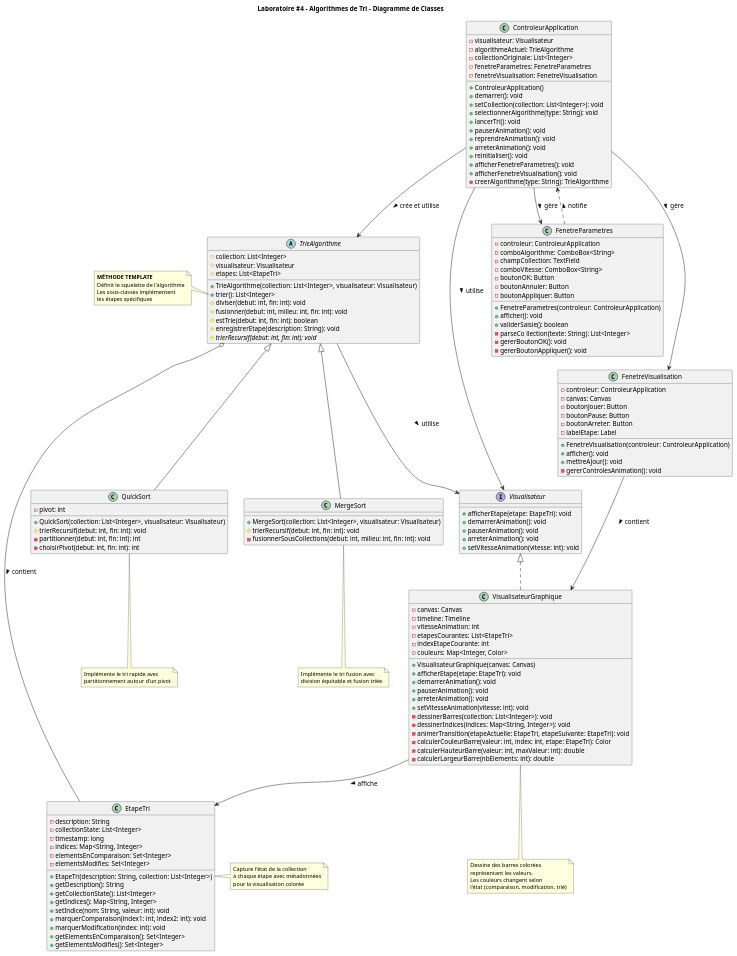
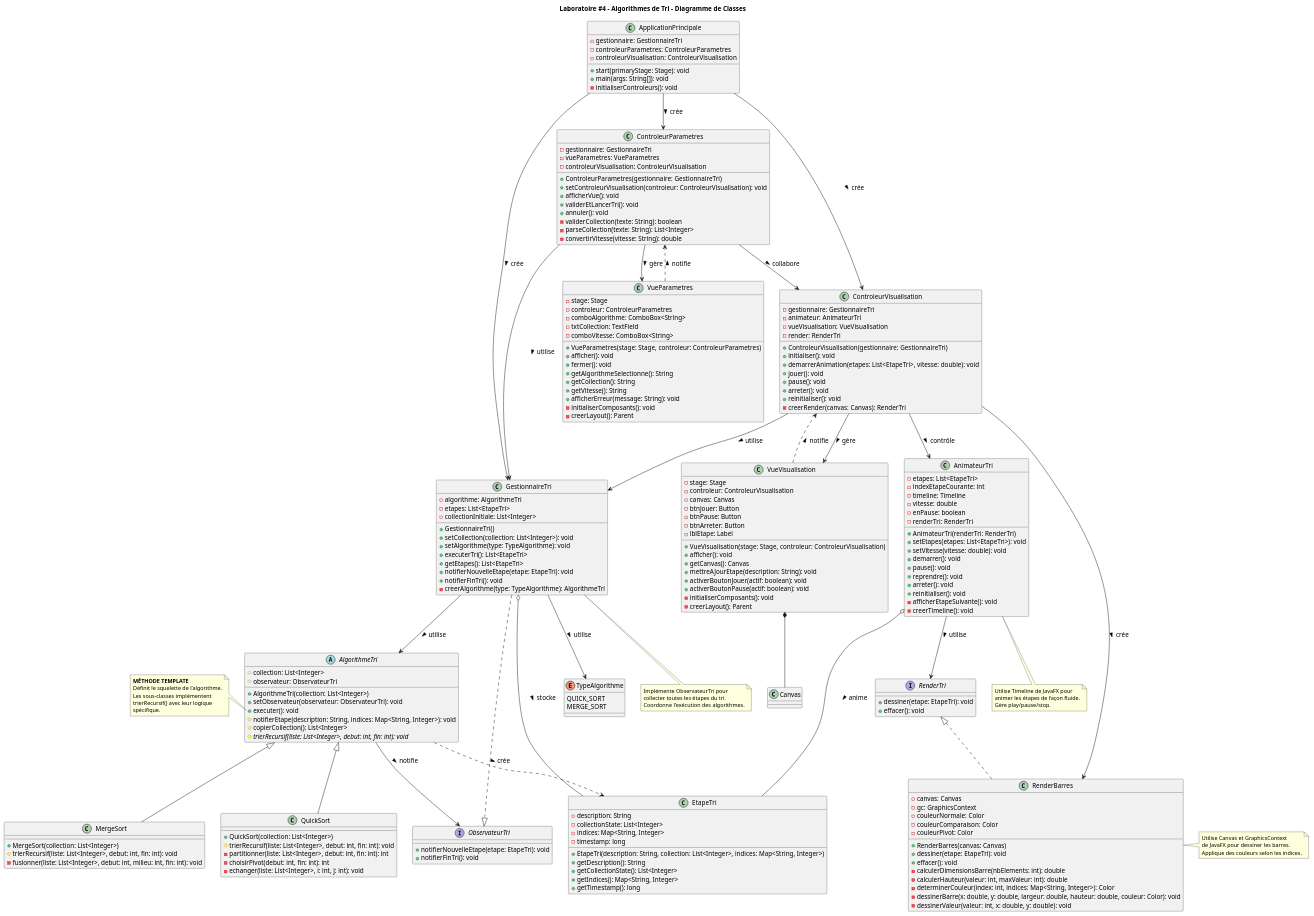
One commit to VianAtETS/LOG121 changed the diagram in lab_4/algorithmes_tri_classes.plantuml. Above: the diagram before and after it, drawn with PlantUML.

Commit message:
Refactor class diagram for sorting algorithms: update class and method names, enhance observer pattern integration, and improve documentation for clarity.

```diff
--- a/lab_4/algorithmes_tri_classes.plantuml
+++ b/lab_4/algorithmes_tri_classes.plantuml
@@ -5,243 +5,302 @@
 
 title Laboratoire #4 - Algorithmes de Tri - Diagramme de Classes
 
-abstract class TrieAlgorithme {
+abstract class AlgorithmeTri {
   # collection: List<Integer>
-  # visualisateur: Visualisateur
-  # etapes: List<EtapeTri>
+  # observateur: ObservateurTri
 
-  + TrieAlgorithme(collection: List<Integer>, visualisateur: Visualisateur)
-  + trier(): List<Integer>
-  # diviser(debut: int, fin: int): void
-  # fusionner(debut: int, milieu: int, fin: int): void
-  # estTrie(debut: int, fin: int): boolean
-  # enregistrerEtape(description: String): void
+  + AlgorithmeTri(collection: List<Integer>)
+  + setObservateur(observateur: ObservateurTri): void
+  + executer(): void
+  # notifierEtape(description: String, indices: Map<String, Integer>): void
+  # copierCollection(): List<Integer>
 
   ' MÉTHODE TEMPLATE
-  ' trier(): List<Integer>
-  '   etapes.clear()
-  '   enregistrerEtape("État initial")
-  '   trierRecursif(0, collection.size() - 1)
-  '   enregistrerEtape("État final - trié")
-  '   return collection
+  ' executer(): void
+  '   copie = copierCollection()
+  '   notifierEtape("État initial", null)
+  '   trierRecursif(copie, 0, copie.size() - 1)
+  '   notifierEtape("Tri terminé", null)
 
-  ' trierRecursif(debut: int, fin: int): void
-  '   if (!estTrie(debut, fin)) then
-  '     diviser(debut, fin)  // méthode abstraite
-  '     fusionner(debut, milieu, fin)  // méthode abstraite
-  '     enregistrerEtape("Après fusion")
-
-  {abstract} # trierRecursif(debut: int, fin: int): void
+  {abstract} # trierRecursif(liste: List<Integer>, debut: int, fin: int): void
 }
 
 class QuickSort {
-  - pivot: int
+  + QuickSort(collection: List<Integer>)
+  # trierRecursif(liste: List<Integer>, debut: int, fin: int): void
+  - partitionner(liste: List<Integer>, debut: int, fin: int): int
+  - choisirPivot(debut: int, fin: int): int
+  - echanger(liste: List<Integer>, i: int, j: int): void
 
-  + QuickSort(collection: List<Integer>, visualisateur: Visualisateur)
-  # trierRecursif(debut: int, fin: int): void
-  - partitionner(debut: int, fin: int): int
-  - choisirPivot(debut: int, fin: int): int
+  ' trierRecursif(liste, debut, fin):
+  '   if (debut < fin) then
+  '     pivotIndex = partitionner(liste, debut, fin)
+  '     indices = Map("pivot", pivotIndex)
+  '     notifierEtape("Partitionnement", indices)
+  '     trierRecursif(liste, debut, pivotIndex - 1)
+  '     trierRecursif(liste, pivotIndex + 1, fin)
 
-  ' trierRecursif(debut, fin):
-  '   if (debut < fin) then
-  '     pivotIndex = partitionner(debut, fin)
-  '     enregistrerEtape("Partitionnement autour du pivot")
-  '     trierRecursif(debut, pivotIndex - 1)
-  '     trierRecursif(pivotIndex + 1, fin)
-
-  ' partitionner(debut, fin): int
-  '   pivot = choisirPivot(debut, fin)
-  '   i = debut - 1
+  ' partitionner(liste, debut, fin): int
+  '   pivotIndex = choisirPivot(debut, fin)
+  '   pivot = liste[pivotIndex]
+  '   echanger(liste, pivotIndex, fin)
+  '   i = debut
   '   for j = debut to fin - 1
-  '     if collection[j] < pivot then
+  '     if liste[j] < pivot then
+  '       echanger(liste, i, j)
+  '       indices = Map("i", i, "j", j)
+  '       notifierEtape("Échange", indices)
   '       i++
-  '       échanger(collection[i], collection[j])
-  '   échanger(collection[i + 1], collection[fin])
-  '   return i + 1
+  '   echanger(liste, i, fin)
+  '   return i
 }
 
 class MergeSort {
-  + MergeSort(collection: List<Integer>, visualisateur: Visualisateur)
-  # trierRecursif(debut: int, fin: int): void
-  - fusionnerSousCollections(debut: int, milieu: int, fin: int): void
+  + MergeSort(collection: List<Integer>)
+  # trierRecursif(liste: List<Integer>, debut: int, fin: int): void
+  - fusionner(liste: List<Integer>, debut: int, milieu: int, fin: int): void
 
-  ' trierRecursif(debut, fin):
+  ' trierRecursif(liste, debut, fin):
   '   if (debut < fin) then
   '     milieu = (debut + fin) / 2
-  '     trierRecursif(debut, milieu)
-  '     trierRecursif(milieu + 1, fin)
-  '     fusionnerSousCollections(debut, milieu, fin)
-  '     enregistrerEtape("Fusion des sous-collections")
+  '     indices = Map("debut", debut, "milieu", milieu, "fin", fin)
+  '     notifierEtape("Division", indices)
+  '     trierRecursif(liste, debut, milieu)
+  '     trierRecursif(liste, milieu + 1, fin)
+  '     fusionner(liste, debut, milieu, fin)
+  '     notifierEtape("Fusion", indices)
 
-  ' fusionnerSousCollections(debut, milieu, fin):
-  '   copie1 = collection[debut..milieu]
-  '   copie2 = collection[milieu+1..fin]
+  ' fusionner(liste, debut, milieu, fin):
+  '   gauche = liste[debut..milieu]
+  '   droite = liste[milieu+1..fin]
   '   i = 0, j = 0, k = debut
-  '   while (i < copie1.size() && j < copie2.size())
-  '     if (copie1[i] <= copie2[j]) then
-  '       collection[k++] = copie1[i++]
+  '   while (i < gauche.size() && j < droite.size())
+  '     if (gauche[i] <= droite[j]) then
+  '       liste[k] = gauche[i++]
   '     else
-  '       collection[k++] = copie2[j++]
-  '   copier les éléments restants
+  '       liste[k] = droite[j++]
+  '     k++
+  '   copier les éléments restants de gauche et droite
 }
 
 class EtapeTri {
   - description: String
   - collectionState: List<Integer>
+  - indices: Map<String, Integer>
   - timestamp: long
-  - indices: Map<String, Integer>
-  - elementsEnComparaison: Set<Integer>
-  - elementsModifies: Set<Integer>
 
-  + EtapeTri(description: String, collection: List<Integer>)
+  + EtapeTri(description: String, collection: List<Integer>, indices: Map<String, Integer>)
   + getDescription(): String
   + getCollectionState(): List<Integer>
   + getIndices(): Map<String, Integer>
-  + setIndice(nom: String, valeur: int): void
-  + marquerComparaison(index1: int, index2: int): void
-  + marquerModification(index: int): void
-  + getElementsEnComparaison(): Set<Integer>
-  + getElementsModifies(): Set<Integer>
+  + getTimestamp(): long
 }
 
-interface Visualisateur {
-  + afficherEtape(etape: EtapeTri): void
-  + demarrerAnimation(): void
-  + pauserAnimation(): void
-  + arreterAnimation(): void
-  + setVitesseAnimation(vitesse: int): void
+interface ObservateurTri {
+  + notifierNouvelleEtape(etape: EtapeTri): void
+  + notifierFinTri(): void
 }
 
-class VisualisateurGraphique {
-  - canvas: Canvas
-  - timeline: Timeline
-  - vitesseAnimation: int
-  - etapesCourantes: List<EtapeTri>
-  - indexEtapeCourante: int
-  - couleurs: Map<Integer, Color>
+class GestionnaireTri {
+  - algorithme: AlgorithmeTri
+  - etapes: List<EtapeTri>
+  - collectionInitiale: List<Integer>
 
-  + VisualisateurGraphique(canvas: Canvas)
-  + afficherEtape(etape: EtapeTri): void
-  + demarrerAnimation(): void
-  + pauserAnimation(): void
-  + arreterAnimation(): void
-  + setVitesseAnimation(vitesse: int): void
-  - dessinerBarres(collection: List<Integer>): void
-  - dessinerIndices(indices: Map<String, Integer>): void
-  - animerTransition(etapeActuelle: EtapeTri, etapeSuivante: EtapeTri): void
-  - calculerCouleurBarre(valeur: int, index: int, etape: EtapeTri): Color
-  - calculerHauteurBarre(valeur: int, maxValeur: int): double
-  - calculerLargeurBarre(nbElements: int): double
-
-  ' dessinerBarres(collection):
-  '   gc = canvas.getGraphicsContext2D()
-  '   gc.clearRect(0, 0, canvas.width, canvas.height)
-  '   largeurBarre = calculerLargeurBarre(collection.size())
-  '   maxValeur = collection.max()
-  '   for i = 0 to collection.size() - 1
-  '     hauteur = calculerHauteurBarre(collection[i], maxValeur)
-  '     couleur = calculerCouleurBarre(collection[i], i, etapeCourante)
-  '     x = i * largeurBarre
-  '     y = canvas.height - hauteur
-  '     gc.setFill(couleur)
-  '     gc.fillRect(x, y, largeurBarre - 2, hauteur)
-  '     gc.fillText(collection[i], x, canvas.height - 5)
+  + GestionnaireTri()
+  + setCollection(collection: List<Integer>): void
+  + setAlgorithme(type: TypeAlgorithme): void
+  + executerTri(): List<EtapeTri>
+  + getEtapes(): List<EtapeTri>
+  + notifierNouvelleEtape(etape: EtapeTri): void
+  + notifierFinTri(): void
+  - creerAlgorithme(type: TypeAlgorithme): AlgorithmeTri
 }
 
-class ControleurApplication {
-  - visualisateur: Visualisateur
-  - algorithmeActuel: TrieAlgorithme
-  - collectionOriginale: List<Integer>
-  - fenetreParametres: FenetreParametres
-  - fenetreVisualisation: FenetreVisualisation
-
-  + ControleurApplication()
-  + demarrer(): void
-  + setCollection(collection: List<Integer>): void
-  + selectionnerAlgorithme(type: String): void
-  + lancerTri(): void
-  + pauserAnimation(): void
-  + reprendreAnimation(): void
-  + arreterAnimation(): void
-  + reinitialiser(): void
-  + afficherFenetreParametres(): void
-  + afficherFenetreVisualisation(): void
-  - creerAlgorithme(type: String): TrieAlgorithme
+enum TypeAlgorithme {
+  QUICK_SORT
+  MERGE_SORT
 }
 
-class FenetreParametres {
-  - controleur: ControleurApplication
-  - comboAlgorithme: ComboBox<String>
-  - champCollection: TextField
-  - comboVitesse: ComboBox<String>
-  - boutonOK: Button
-  - boutonAnnuler: Button
-  - boutonAppliquer: Button
+class AnimateurTri {
+  - etapes: List<EtapeTri>
+  - indexEtapeCourante: int
+  - timeline: Timeline
+  - vitesse: double
+  - enPause: boolean
+  - renderTri: RenderTri
 
-  + FenetreParametres(controleur: ControleurApplication)
-  + afficher(): void
-  + validerSaisie(): boolean
-  - parseCo llection(texte: String): List<Integer>
-  - gererBoutonOK(): void
-  - gererBoutonAppliquer(): void
+  + AnimateurTri(renderTri: RenderTri)
+  + setEtapes(etapes: List<EtapeTri>): void
+  + setVitesse(vitesse: double): void
+  + demarrer(): void
+  + pause(): void
+  + reprendre(): void
+  + arreter(): void
+  + reinitialiser(): void
+  - afficherEtapeSuivante(): void
+  - creerTimeline(): void
 }
 
-class FenetreVisualisation {
-  - controleur: ControleurApplication
-  - canvas: Canvas
-  - boutonJouer: Button
-  - boutonPause: Button
-  - boutonArreter: Button
-  - labelEtape: Label
-
-  + FenetreVisualisation(controleur: ControleurApplication)
-  + afficher(): void
-  + mettreAJour(): void
-  - gererControlesAnimation(): void
+interface RenderTri {
+  + dessiner(etape: EtapeTri): void
+  + effacer(): void
 }
 
-' Relations
-TrieAlgorithme <|-- QuickSort
-TrieAlgorithme <|-- MergeSort
-TrieAlgorithme o-- EtapeTri : contient >
-TrieAlgorithme --> Visualisateur : utilise >
-Visualisateur <|.. VisualisateurGraphique
-ControleurApplication --> TrieAlgorithme : crée et utilise >
-ControleurApplication --> Visualisateur : utilise >
-ControleurApplication --> FenetreParametres : gère >
-ControleurApplication --> FenetreVisualisation : gère >
-FenetreParametres ..> ControleurApplication : notifie >
-FenetreVisualisation --> VisualisateurGraphique : contient >
-VisualisateurGraphique --> EtapeTri : affiche >
+class RenderBarres {
+  - canvas: Canvas
+  - gc: GraphicsContext
+  - couleurNormale: Color
+  - couleurComparaison: Color
+  - couleurPivot: Color
 
-note left of TrieAlgorithme::trier
+  + RenderBarres(canvas: Canvas)
+  + dessiner(etape: EtapeTri): void
+  + effacer(): void
+  - calculerDimensionsBarre(nbElements: int): double
+  - calculerHauteur(valeur: int, maxValeur: int): double
+  - determinerCouleur(index: int, indices: Map<String, Integer>): Color
+  - dessinerBarre(x: double, y: double, largeur: double, hauteur: double, couleur: Color): void
+  - dessinerValeur(valeur: int, x: double, y: double): void
+}
+
+class VueParametres {
+  - stage: Stage
+  - controleur: ControleurParametres
+  - comboAlgorithme: ComboBox<String>
+  - txtCollection: TextField
+  - comboVitesse: ComboBox<String>
+
+  + VueParametres(stage: Stage, controleur: ControleurParametres)
+  + afficher(): void
+  + fermer(): void
+  + getAlgorithmeSelectionne(): String
+  + getCollection(): String
+  + getVitesse(): String
+  + afficherErreur(message: String): void
+  - initialiserComposants(): void
+  - creerLayout(): Parent
+}
+
+class ControleurParametres {
+  - gestionnaire: GestionnaireTri
+  - vueParametres: VueParametres
+  - controleurVisualisation: ControleurVisualisation
+
+  + ControleurParametres(gestionnaire: GestionnaireTri)
+  + setControleurVisualisation(controleur: ControleurVisualisation): void
+  + afficherVue(): void
+  + validerEtLancerTri(): void
+  + annuler(): void
+  - validerCollection(texte: String): boolean
+  - parseCollection(texte: String): List<Integer>
+  - convertirVitesse(vitesse: String): double
+}
+
+class VueVisualisation {
+  - stage: Stage
+  - controleur: ControleurVisualisation
+  - canvas: Canvas
+  - btnJouer: Button
+  - btnPause: Button
+  - btnArreter: Button
+  - lblEtape: Label
+
+  + VueVisualisation(stage: Stage, controleur: ControleurVisualisation)
+  + afficher(): void
+  + getCanvas(): Canvas
+  + mettreAJourEtape(description: String): void
+  + activerBoutonJouer(actif: boolean): void
+  + activerBoutonPause(actif: boolean): void
+  - initialiserComposants(): void
+  - creerLayout(): Parent
+}
+
+class ControleurVisualisation {
+  - gestionnaire: GestionnaireTri
+  - animateur: AnimateurTri
+  - vueVisualisation: VueVisualisation
+  - render: RenderTri
+
+  + ControleurVisualisation(gestionnaire: GestionnaireTri)
+  + initialiser(): void
+  + demarrerAnimation(etapes: List<EtapeTri>, vitesse: double): void
+  + jouer(): void
+  + pause(): void
+  + arreter(): void
+  + reinitialiser(): void
+  - creerRender(canvas: Canvas): RenderTri
+}
+
+class ApplicationPrincipale {
+  - gestionnaire: GestionnaireTri
+  - controleurParametres: ControleurParametres
+  - controleurVisualisation: ControleurVisualisation
+
+  + start(primaryStage: Stage): void
+  + main(args: String[]): void
+  - initialiserControleurs(): void
+}
+
+' Relations - Patron Template
+AlgorithmeTri <|-- QuickSort
+AlgorithmeTri <|-- MergeSort
+AlgorithmeTri ..> EtapeTri : crée >
+AlgorithmeTri --> ObservateurTri : notifie >
+
+' Relations - Gestion du tri
+GestionnaireTri ..|> ObservateurTri
+GestionnaireTri --> AlgorithmeTri : utilise >
+GestionnaireTri --> TypeAlgorithme : utilise >
+GestionnaireTri o-- EtapeTri : stocke >
+
+' Relations - Animation
+AnimateurTri --> RenderTri : utilise >
+AnimateurTri o-- EtapeTri : anime >
+RenderTri <|.. RenderBarres
+
+' Relations - MVC Paramètres
+ControleurParametres --> VueParametres : gère >
+ControleurParametres --> GestionnaireTri : utilise >
+VueParametres ..> ControleurParametres : notifie >
+
+' Relations - MVC Visualisation
+ControleurVisualisation --> VueVisualisation : gère >
+ControleurVisualisation --> AnimateurTri : contrôle >
+ControleurVisualisation --> GestionnaireTri : utilise >
+ControleurVisualisation --> RenderBarres : crée >
+VueVisualisation ..> ControleurVisualisation : notifie >
+VueVisualisation *-- Canvas
+
+' Relations - Application
+ApplicationPrincipale --> GestionnaireTri : crée >
+ApplicationPrincipale --> ControleurParametres : crée >
+ApplicationPrincipale --> ControleurVisualisation : crée >
+ControleurParametres --> ControleurVisualisation : collabore >
+
+note left of AlgorithmeTri::executer
   **MÉTHODE TEMPLATE**
-  Définit le squelette de l'algorithme
+  Définit le squelette de l'algorithme.
   Les sous-classes implémentent
-  les étapes spécifiques
+  trierRecursif() avec leur logique
+  spécifique.
 end note
 
-note bottom of QuickSort
-  Implémente le tri rapide avec
-  partitionnement autour d'un pivot
+note bottom of GestionnaireTri
+  Implémente ObservateurTri pour
+  collecter toutes les étapes du tri.
+  Coordonne l'exécution des algorithmes.
 end note
 
-note bottom of MergeSort
-  Implémente le tri fusion avec
-  division équitable et fusion triée
+note bottom of AnimateurTri
+  Utilise Timeline de JavaFX pour
+  animer les étapes de façon fluide.
+  Gère play/pause/stop.
 end note
 
-note right of EtapeTri
-  Capture l'état de la collection
-  à chaque étape avec métadonnées
-  pour la visualisation colorée
-end note
-
-note bottom of VisualisateurGraphique
-  Dessine des barres colorées
-  représentant les valeurs.
-  Les couleurs changent selon
-  l'état (comparaison, modification, trié)
+note right of RenderBarres
+  Utilise Canvas et GraphicsContext
+  de JavaFX pour dessiner les barres.
+  Applique des couleurs selon les indices.
 end note
 
 @enduml
```
